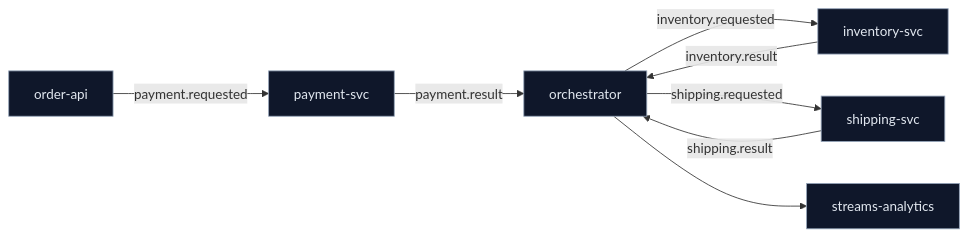
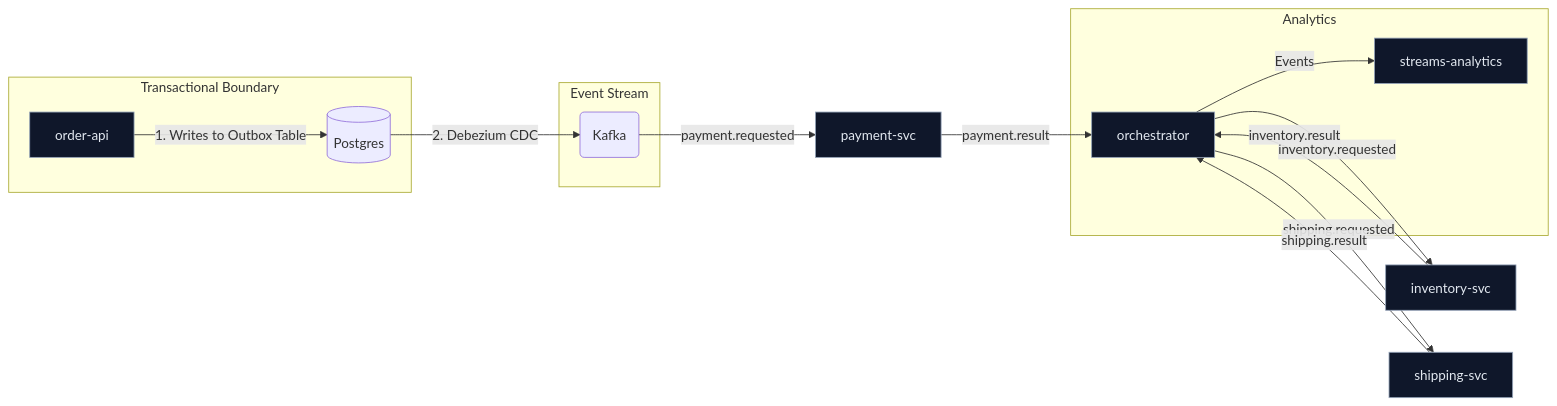
One commit to APorkolab/chaos-symphony changed the diagram in README.md. Above: the diagram before and after it, drawn with Mermaid. The commit also changed other lines of this file and 5 other files, not shown here.

````diff
--- a/README.md
+++ b/README.md
@@ -108,14 +27,23 @@
 ```mermaid
 flowchart LR
-  A[order-api] -- payment.requested --> P[payment-svc]
+  subgraph Transactional Boundary
+    A[order-api] -- 1. Writes to Outbox Table --> DB[(Postgres)]
+  end
+  subgraph Event Stream
+    DB -- 2. Debezium CDC --> K(Kafka)
+  end
+
+  K -- payment.requested --> P[payment-svc]
   P -- payment.result --> O[orchestrator]
   O -- inventory.requested --> I[inventory-svc]
   I -- inventory.result --> O
   O -- shipping.requested --> S[shipping-svc]
   S -- shipping.result --> O
-  O --> AN[streams-analytics]
+
+  subgraph Analytics
+    O -- Events --> AN[streams-analytics]
+  end
 
   classDef svc fill:#0f172a,stroke:#94a3b8,color:#e2e8f0;
   class A,P,O,I,S,AN svc
-
 ```
````
